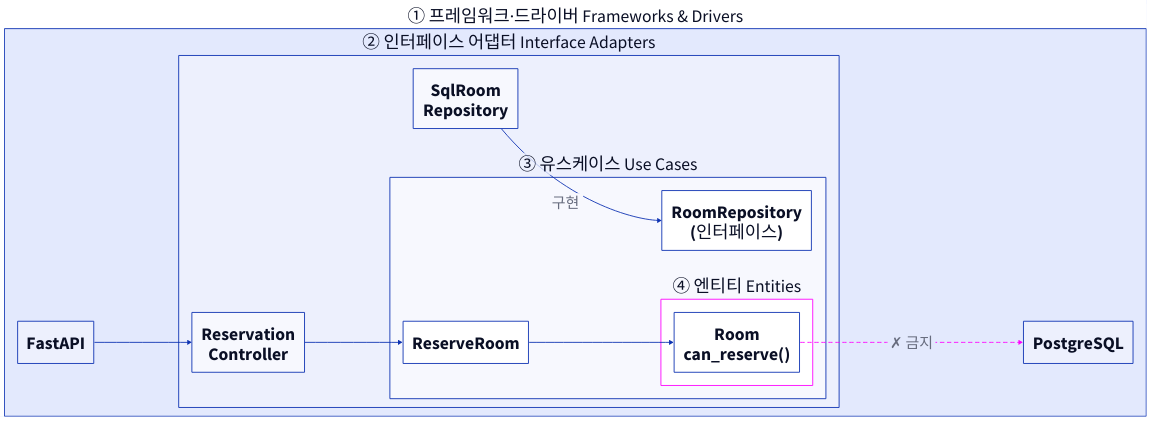
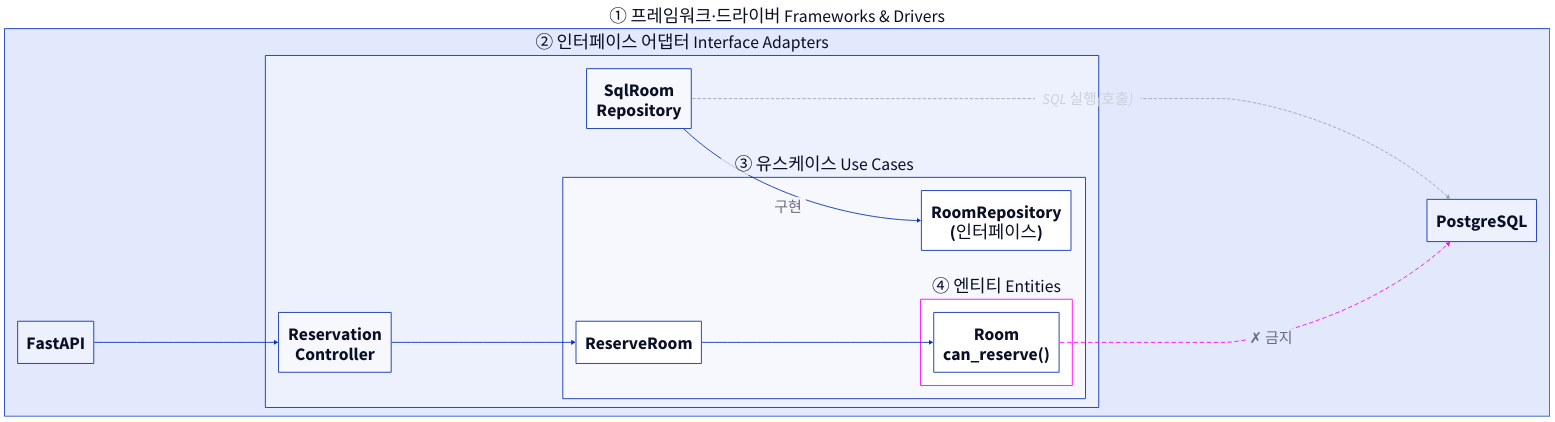
The diagram in kangnam-agentic/diagrams/src/p06-clean-layers.d2 (TheMagicTower/korean-ai-dev-course), drawn with D2 before and after one commit. The commit also changed 4 other files, not shown here.

Commit message:
fix(kangnam-agentic): clean architecture diagram shows where SQL runs; repository is not the only DB path (#20)

```diff
--- a/kangnam-agentic/diagrams/src/p06-clean-layers.d2
+++ b/kangnam-agentic/diagrams/src/p06-clean-layers.d2
@@ -1,28 +1,33 @@
 direction: right
 fw: "① 프레임워크·드라이버  Frameworks & Drivers" {
   web: "FastAPI"
   pg: "PostgreSQL"
   ad: "② 인터페이스 어댑터  Interface Adapters" {
     ctl: "Reservation\nController"
     repo: "SqlRoom\nRepository"
     uc: "③ 유스케이스  Use Cases" {
       reserve: "ReserveRoom"
       port: "RoomRepository\n(인터페이스)"
       ent: "④ 엔티티  Entities" {
         room: "Room\ncan_reserve()"
       }
     }
   }
 }
 fw.web -> fw.ad.ctl
 fw.ad.ctl -> fw.ad.uc.reserve
 fw.ad.repo -> fw.ad.uc.port: "구현"
 fw.ad.uc.reserve -> fw.ad.uc.ent.room
+fw.ad.repo -> fw.pg: "SQL 실행(호출)" {
+  style.stroke: "#9aa4b2"
+  style.stroke-dash: 3
+  style.font-color: "#c9d1d9"
+}
 fw.ad.uc.ent.room -> fw.pg: "✗ 금지" {
   style.stroke: "#ff00ff"
   style.stroke-dash: 4
 }
 fw.ad.uc.ent.style.stroke: "#ff00ff"
 
 **.style.font-size: 40
 (** -> **)[*].style.font-size: 34
```
